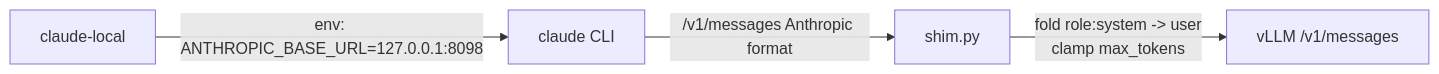
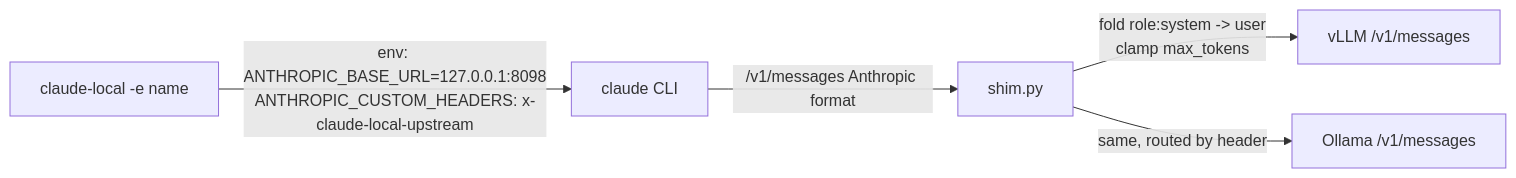
The diagram in tools/claude-local/README.md (dxiiren/project-skeleton), drawn with Mermaid before and after one commit. The commit also changed other lines of this file and 5 other files, not shown here.

First line of the commit message:
feat(claude-local): named endpoints, --endpoint/--list, automatic fallback, Ollama support

````diff
--- a/tools/claude-local/README.md
+++ b/tools/claude-local/README.md
@@ -57,6 +89,7 @@
 ```mermaid
 flowchart LR
-    U[claude-local] -->|env: ANTHROPIC_BASE_URL=127.0.0.1:8098| C[claude CLI]
+    U[claude-local -e name] -->|env: ANTHROPIC_BASE_URL=127.0.0.1:8098\nANTHROPIC_CUSTOM_HEADERS: x-claude-local-upstream| C[claude CLI]
     C -->|/v1/messages Anthropic format| S[shim.py]
     S -->|fold role:system -> user\nclamp max_tokens| V[vLLM /v1/messages]
+    S -->|same, routed by header| O[Ollama /v1/messages]
 ```
````
